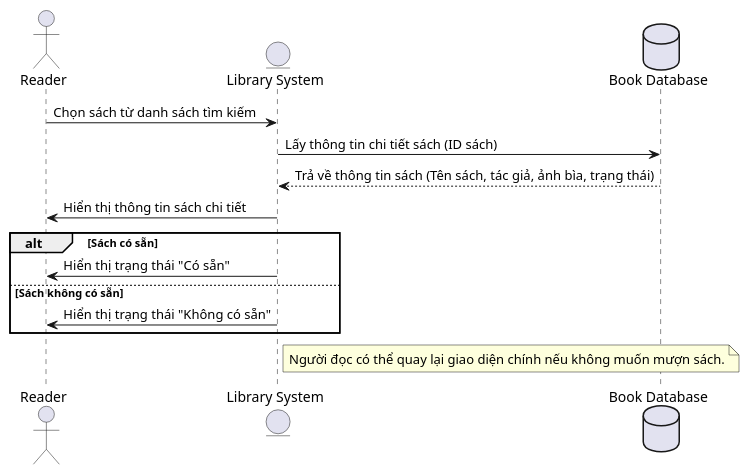
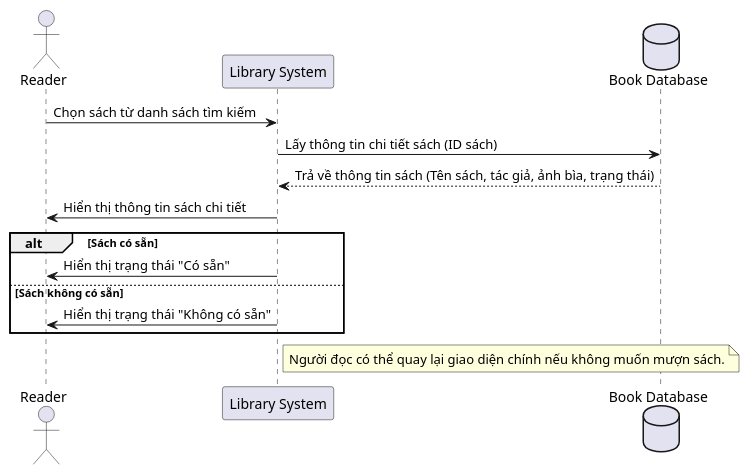
Before and after one commit to DaniGDSC/Diagram: the diagram in use_case/Reader/sequence/detailed.puml, drawn with PlantUML. The commit also changed 6 other files, not shown here.

```diff
--- a/use_case/Reader/sequence/detailed.puml
+++ b/use_case/Reader/sequence/detailed.puml
@@ -1,19 +1,19 @@
 @startuml
 actor "Reader" as reader
-entity "Library System" as system
+participant "Library System" as system
 database "Book Database" as db
 
 reader -> system : Chọn sách từ danh sách tìm kiếm
 system -> db : Lấy thông tin chi tiết sách (ID sách)
 db --> system : Trả về thông tin sách (Tên sách, tác giả, ảnh bìa, trạng thái)
 system -> reader : Hiển thị thông tin sách chi tiết
 
 alt Sách có sẵn
     system -> reader : Hiển thị trạng thái "Có sẵn"
 else Sách không có sẵn
     system -> reader : Hiển thị trạng thái "Không có sẵn"
 end
 
 note right of system : Người đọc có thể quay lại giao diện chính nếu không muốn mượn sách.
 
 @enduml
```
